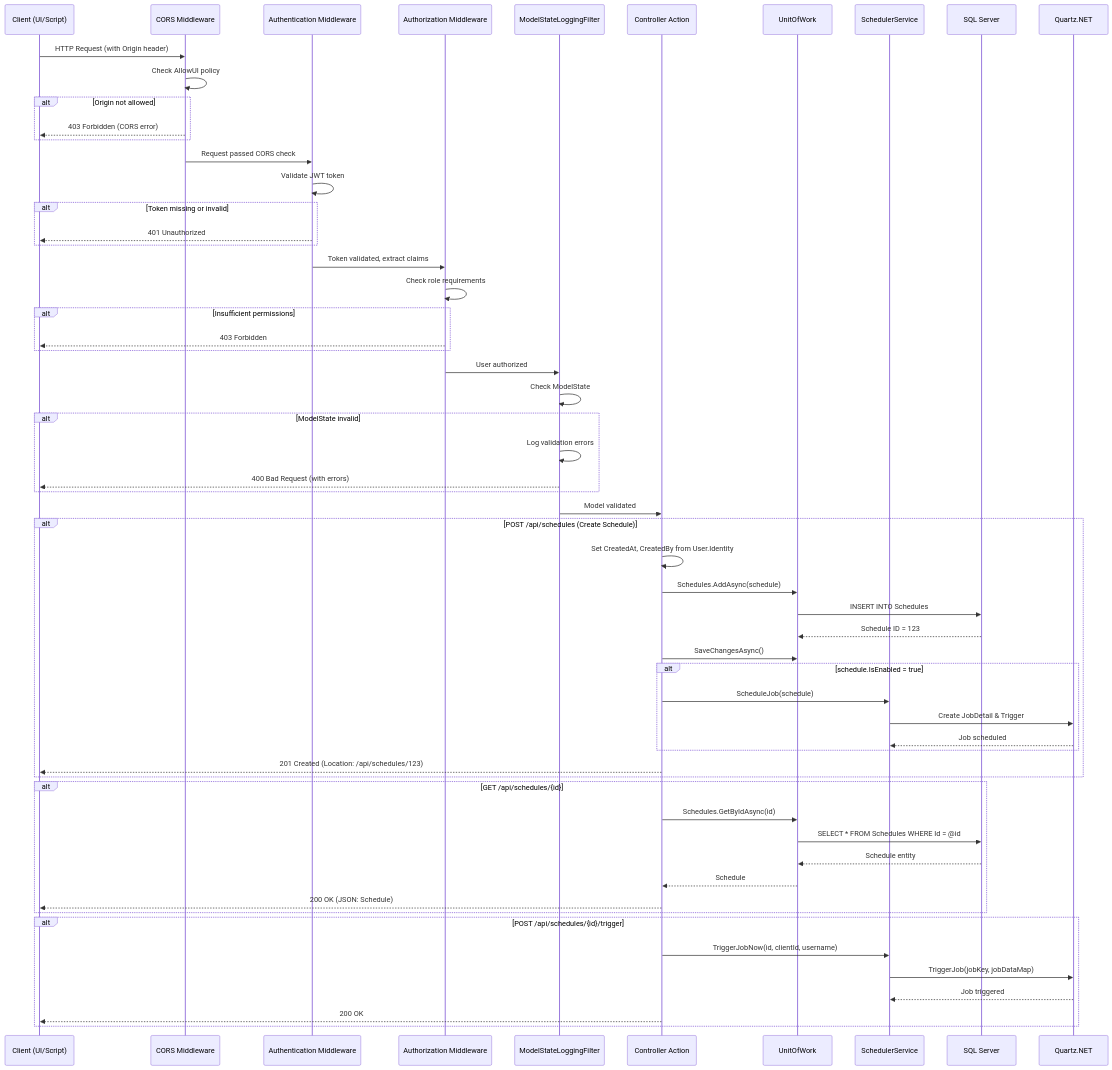
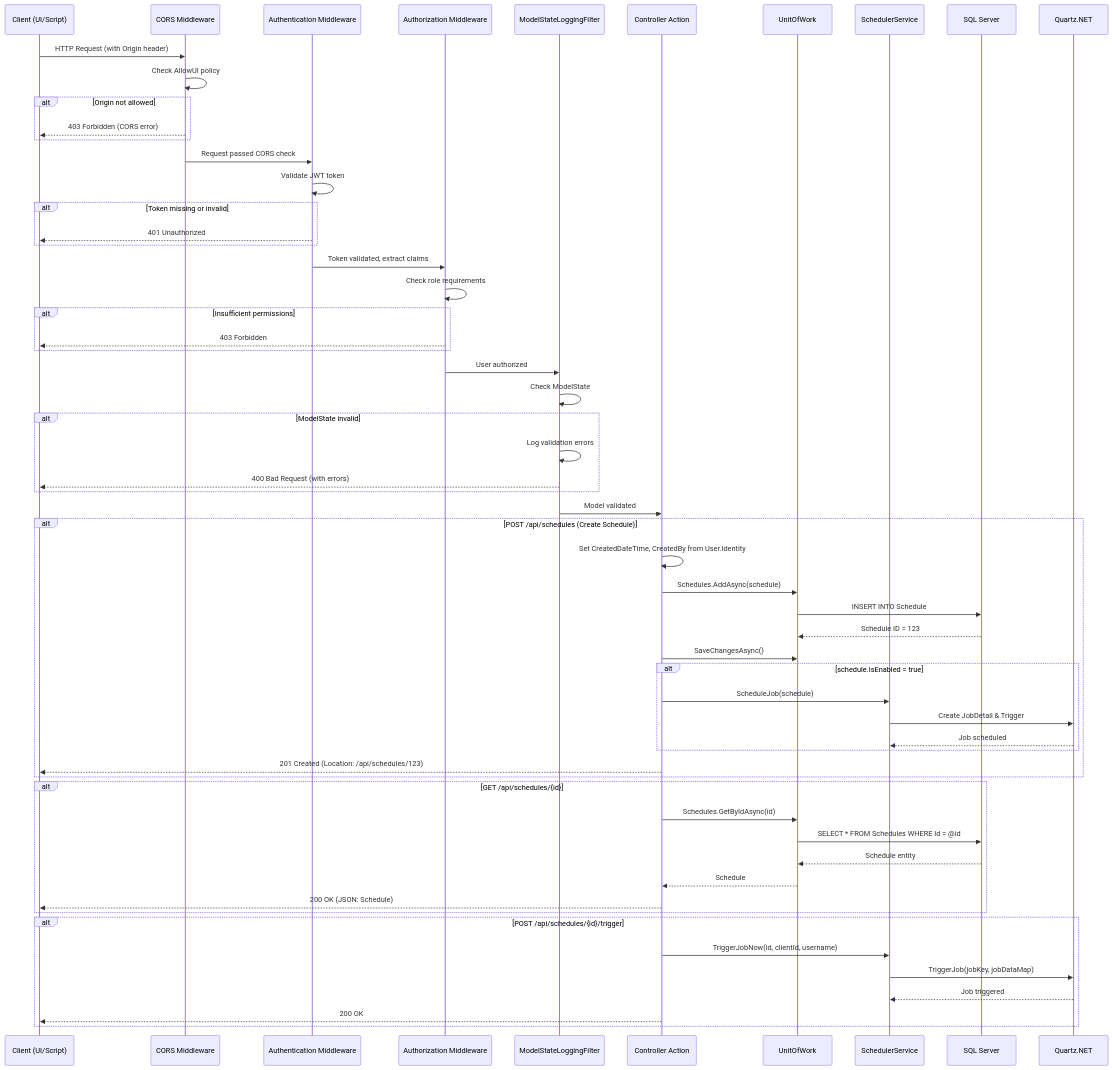
One commit to lcassin/Scheduler_Platform changed the first of 5 diagrams in src/SchedulerPlatform.API/README.md. Above: the diagram before and after it, drawn with Mermaid. The commit also changed other lines of this file and 20 other files, not shown here.

````diff
--- a/src/SchedulerPlatform.API/README.md
+++ b/src/SchedulerPlatform.API/README.md
@@ -498,71 +498,71 @@
 ```mermaid
 sequenceDiagram
     participant Client as Client (UI/Script)
     participant CORS as CORS Middleware
     participant Auth as Authentication Middleware
     participant Authz as Authorization Middleware
     participant Filter as ModelStateLoggingFilter
     participant Controller as Controller Action
     participant UoW as UnitOfWork
     participant Scheduler as SchedulerService
     participant DB as SQL Server
     participant Quartz as Quartz.NET
     
     Client->>CORS: HTTP Request (with Origin header)
     CORS->>CORS: Check AllowUI policy
     alt Origin not allowed
         CORS-->>Client: 403 Forbidden (CORS error)
     end
     
     CORS->>Auth: Request passed CORS check
     Auth->>Auth: Validate JWT token
     alt Token missing or invalid
         Auth-->>Client: 401 Unauthorized
     end
     
     Auth->>Authz: Token validated, extract claims
     Authz->>Authz: Check role requirements
     alt Insufficient permissions
         Authz-->>Client: 403 Forbidden
     end
     
     Authz->>Filter: User authorized
     Filter->>Filter: Check ModelState
     alt ModelState invalid
         Filter->>Filter: Log validation errors
         Filter-->>Client: 400 Bad Request (with errors)
     end
     
     Filter->>Controller: Model validated
     
     alt POST /api/schedules (Create Schedule)
-        Controller->>Controller: Set CreatedAt, CreatedBy from User.Identity
-        Controller->>UoW: Schedules.AddAsync(schedule)
-        UoW->>DB: INSERT INTO Schedules
+                Controller->>Controller: Set CreatedDateTime, CreatedBy from User.Identity
+                Controller->>UoW: Schedules.AddAsync(schedule)
+                UoW->>DB: INSERT INTO Schedule
         DB-->>UoW: Schedule ID = 123
         Controller->>UoW: SaveChangesAsync()
         
         alt schedule.IsEnabled = true
             Controller->>Scheduler: ScheduleJob(schedule)
             Scheduler->>Quartz: Create JobDetail & Trigger
             Quartz-->>Scheduler: Job scheduled
         end
         
         Controller-->>Client: 201 Created (Location: /api/schedules/123)
     end
     
     alt GET /api/schedules/{id}
         Controller->>UoW: Schedules.GetByIdAsync(id)
         UoW->>DB: SELECT * FROM Schedules WHERE Id = @id
         DB-->>UoW: Schedule entity
         UoW-->>Controller: Schedule
         Controller-->>Client: 200 OK (JSON: Schedule)
     end
     
     alt POST /api/schedules/{id}/trigger
         Controller->>Scheduler: TriggerJobNow(id, clientId, username)
         Scheduler->>Quartz: TriggerJob(jobKey, jobDataMap)
         Quartz-->>Scheduler: Job triggered
         Controller-->>Client: 200 OK
     end
 ```
````
